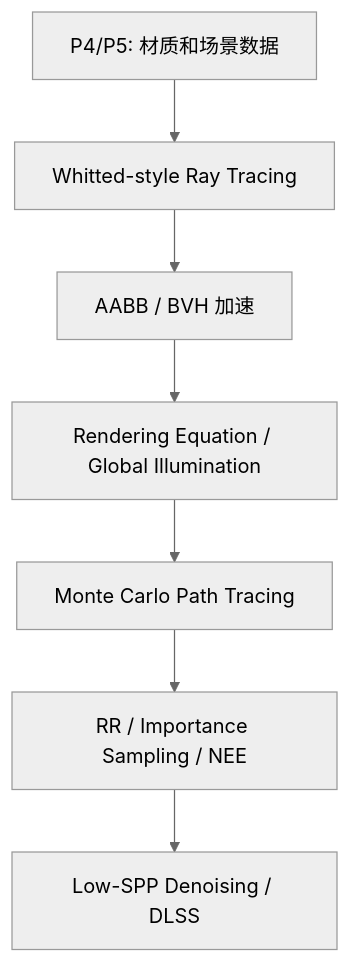
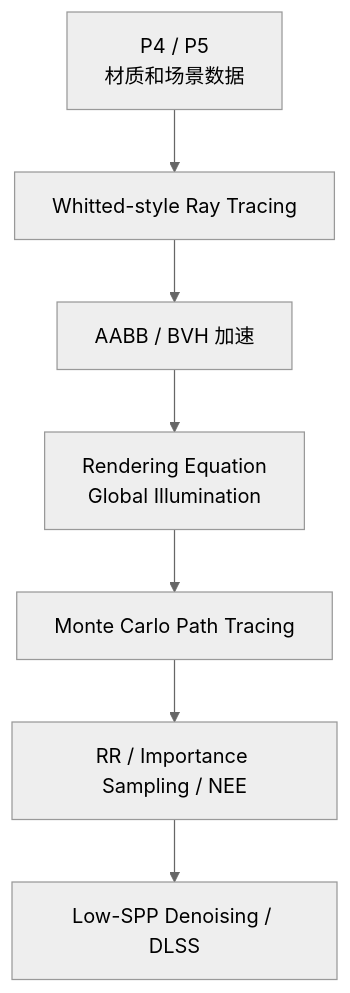
Before and after one commit to SummerS-tars/cg: the first of 4 diagrams in guides/CG-Week12-14-学习指南.md, drawn with Mermaid (neutral theme). The commit also changed other lines of this file and 1 other file, not shown here.

````diff
--- a/guides/CG-Week12-14-学习指南.md
+++ b/guides/CG-Week12-14-学习指南.md
@@ -13,9 +32,9 @@
 ```mermaid
 flowchart TD
-  A[P4/P5: 材质和场景数据] --> B[Whitted-style Ray Tracing]
-  B --> C[AABB / BVH 加速]
-  C --> D[Rendering Equation / Global Illumination]
-  D --> E[Monte Carlo Path Tracing]
-  E --> F[RR / Importance Sampling / NEE]
-  F --> G[Low-SPP Denoising / DLSS]
+    A[P4 / P5<br/>材质和场景数据] --> B[Whitted-style Ray Tracing]
+    B --> C[AABB / BVH 加速]
+    C --> D[Rendering Equation<br/>Global Illumination]
+    D --> E[Monte Carlo Path Tracing]
+    E --> F[RR / Importance Sampling / NEE]
+    F --> G[Low-SPP Denoising / DLSS]
 ```
````
